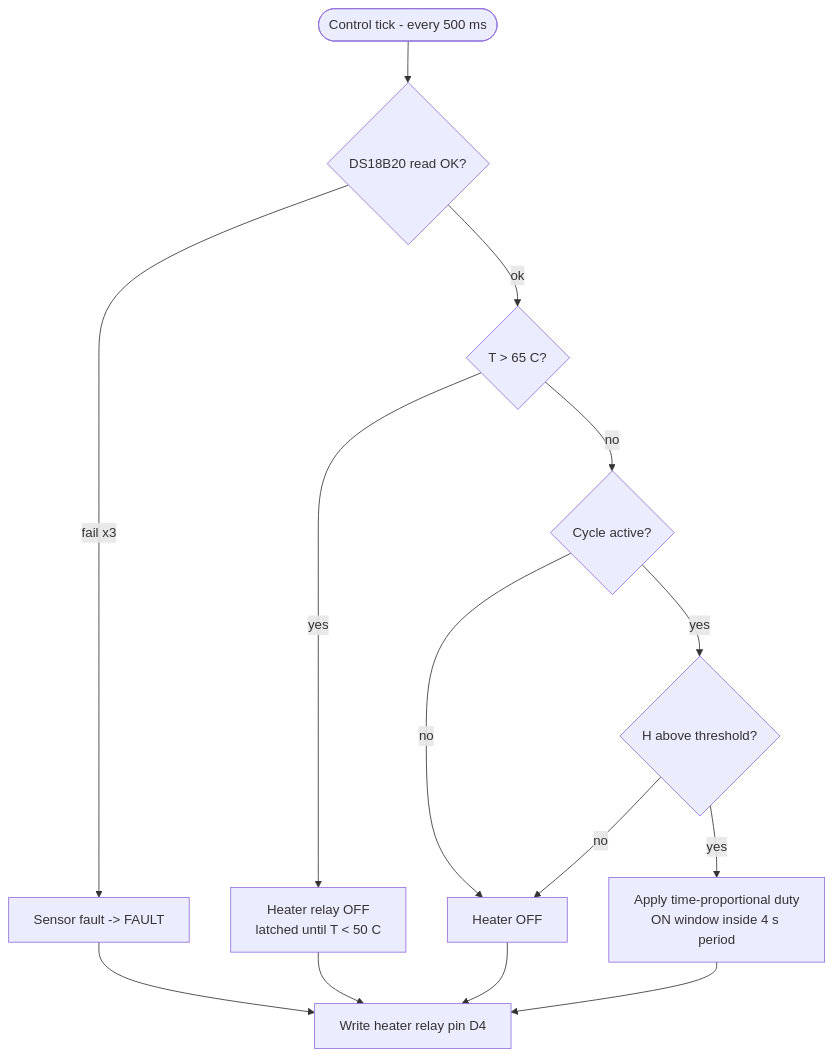
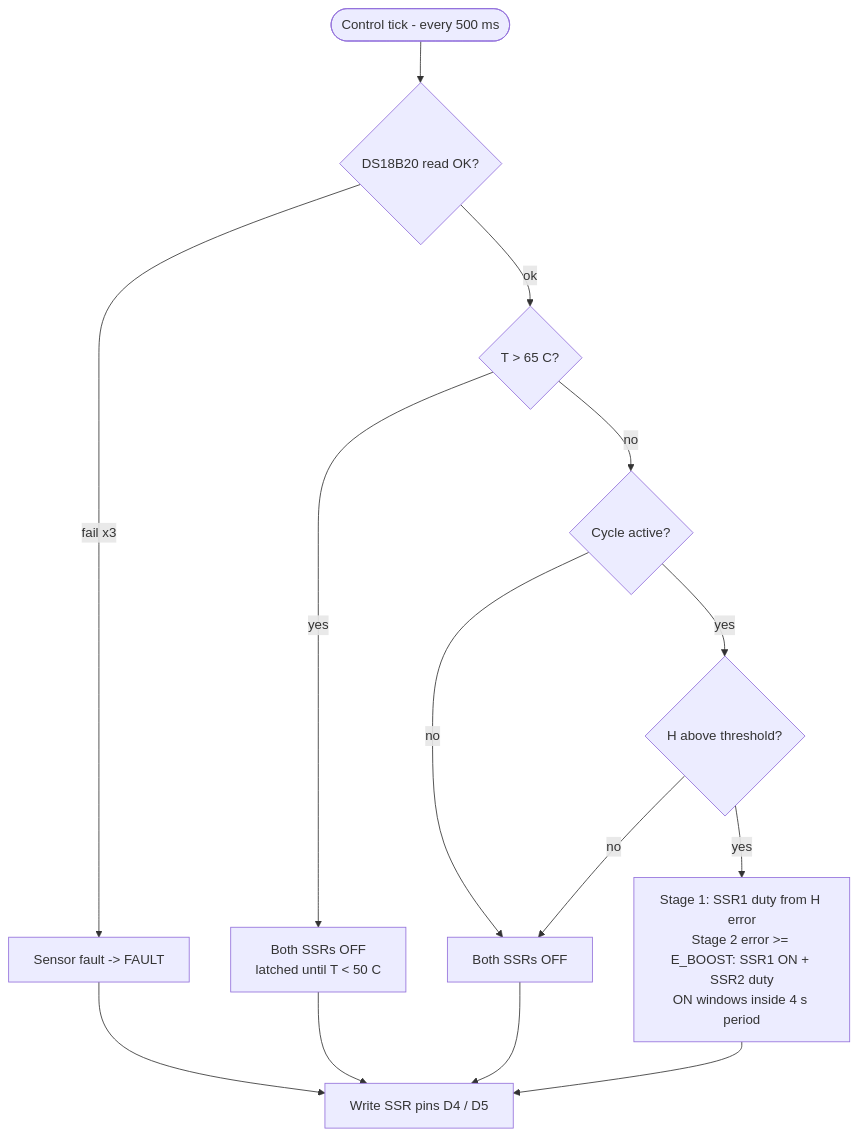
One commit to qppd/umbrella-dryer-v2 changed the second of 3 diagrams in docs/FLOWCHART.md. Above: the diagram before and after it, drawn with Mermaid. The commit also changed other lines of this file and 13 other files, not shown here.

First line of the commit message:
Rev 5: move heating to 220V AC mains — 2x 1500W PTC heater-fans via 2x Fotek SSR-40DA, 12" Omni exhaust fan

````diff
--- a/docs/FLOWCHART.md
+++ b/docs/FLOWCHART.md
@@ -32,16 +32,16 @@
 ```mermaid
 flowchart TD
     TICK([Control tick - every 500 ms]) --> T1{DS18B20 read OK?}
     T1 -- "fail x3" --> SERR[Sensor fault -> FAULT]
     T1 -- ok --> T2{T > 65 C?}
-    T2 -- yes --> OFF1[Heater relay OFF<br/>latched until T < 50 C]
+    T2 -- yes --> OFF1[Both SSRs OFF<br/>latched until T < 50 C]
     T2 -- no --> T3{Cycle active?}
-    T3 -- no --> OFF2[Heater OFF]
+    T3 -- no --> OFF2[Both SSRs OFF]
     T3 -- yes --> T4{H above threshold?}
     T4 -- no --> OFF2
-    T4 -- yes --> PWM[Apply time-proportional duty<br/>ON window inside 4 s period]
-    PWM --> RELAY[Write heater relay pin D4]
+    T4 -- yes --> STG[Stage 1: SSR1 duty from H error<br/>Stage 2 error >= E_BOOST: SSR1 ON + SSR2 duty<br/>ON windows inside 4 s period]
+    STG --> RELAY[Write SSR pins D4 / D5]
     OFF1 --> RELAY
     OFF2 --> RELAY
     SERR --> RELAY
 ```
````
